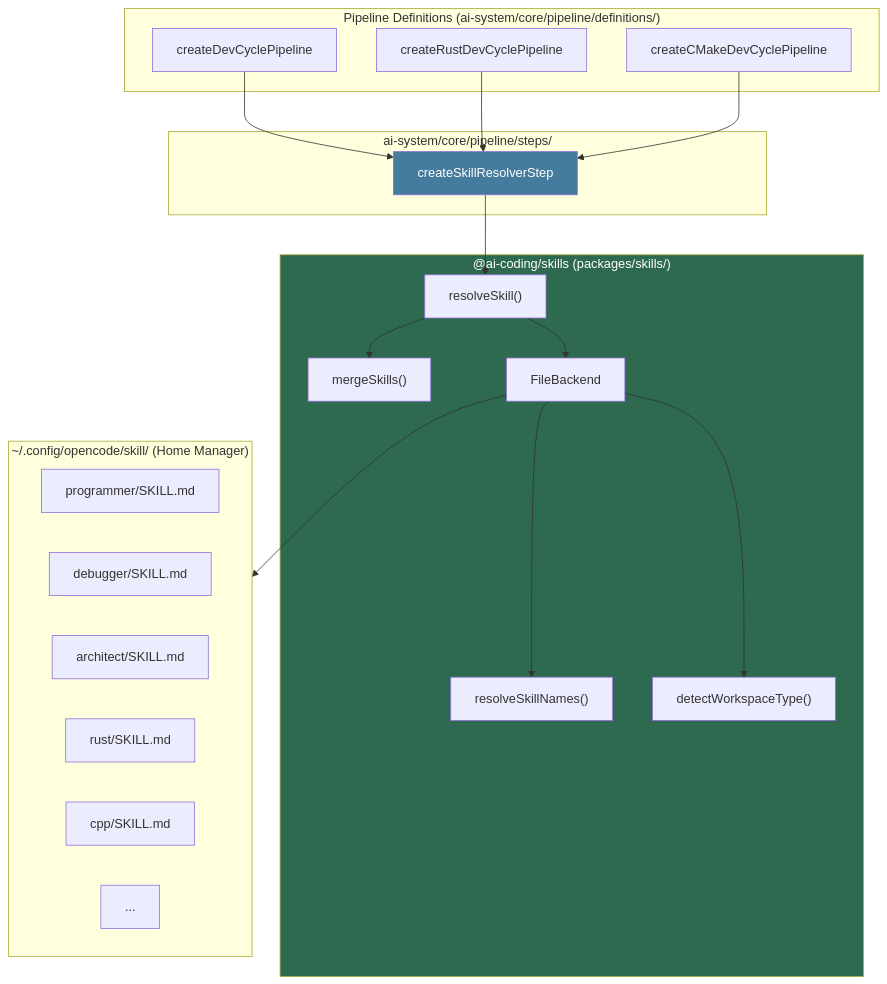
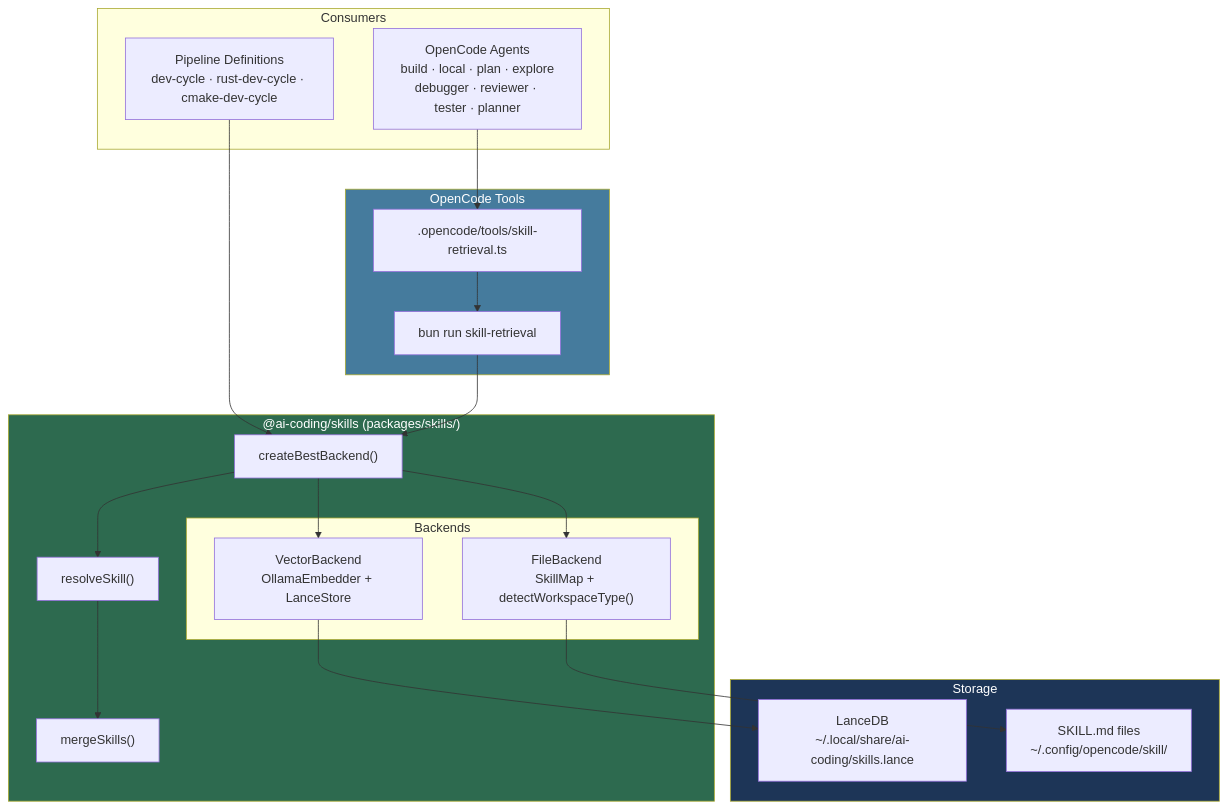
Before and after one commit to vansweej/ai-coding: the first of 8 diagrams in docs/skills.md, drawn with Mermaid. The commit also changed other lines of this file and 1 other file, not shown here.

Commit message:
docs: rewrite skills.md and add skill-indexer.md for Phase 2

````diff
--- a/docs/skills.md
+++ b/docs/skills.md
@@ -25,44 +38,46 @@
 ```mermaid
 graph TD
-    subgraph Pipelines["Pipeline Definitions (ai-system/core/pipeline/definitions/)"]
-        DevCycle["createDevCyclePipeline"]
-        RustCycle["createRustDevCyclePipeline"]
-        CMakeCycle["createCMakeDevCyclePipeline"]
+    subgraph Consumers["Consumers"]
+        Pipelines["Pipeline Definitions\ndev-cycle · rust-dev-cycle · cmake-dev-cycle"]
+        OpenCode["OpenCode Agents\nbuild · local · plan · explore\ndebugger · reviewer · tester · planner"]
     end
 
     subgraph SkillsPkg["@ai-coding/skills (packages/skills/)"]
+        CreateBackend["createBestBackend()"]
         ResolveSkill["resolveSkill()"]
         MergeSkills["mergeSkills()"]
-        SkillMap["resolveSkillNames()"]
-        DetectWS["detectWorkspaceType()"]
-        FileBack["FileBackend"]
+
+        subgraph Backends["Backends"]
+            VectorBack["VectorBackend\nOllamaEmbedder + LanceStore"]
+            FileBack["FileBackend\nSkillMap + detectWorkspaceType()"]
+        end
     end
 
-    subgraph SkillFiles["~/.config/opencode/skill/ (Home Manager)"]
-        Programmer["programmer/SKILL.md"]
-        Debugger["debugger/SKILL.md"]
-        Architect["architect/SKILL.md"]
-        Rust["rust/SKILL.md"]
-        Cpp["cpp/SKILL.md"]
-        More["..."]
+    subgraph Storage["Storage"]
+        LanceDB["LanceDB\n~/.local/share/ai-coding/skills.lance"]
+        SkillFiles["SKILL.md files\n~/.config/opencode/skill/"]
     end
 
-    subgraph PipelineStep["ai-system/core/pipeline/steps/"]
-        SkillStep["createSkillResolverStep"]
+    subgraph Tools["OpenCode Tools"]
+        SkillTool[".opencode/tools/skill-retrieval.ts"]
+        SkillCLI["bun run skill-retrieval"]
     end
 
-    DevCycle --> SkillStep
-    RustCycle --> SkillStep
-    CMakeCycle --> SkillStep
+    Pipelines --> CreateBackend
+    OpenCode --> SkillTool
+    SkillTool --> SkillCLI
+    SkillCLI --> CreateBackend
 
-    SkillStep --> ResolveSkill
-    ResolveSkill --> FileBack
-    FileBack --> SkillMap
-    FileBack --> DetectWS
+    CreateBackend --> VectorBack
+    CreateBackend --> FileBack
+
+    VectorBack --> LanceDB
     FileBack --> SkillFiles
 
+    CreateBackend --> ResolveSkill
     ResolveSkill --> MergeSkills
 
     style SkillsPkg fill:#2d6a4f,color:#fff
-    style SkillStep fill:#457b9d,color:#fff
+    style Storage fill:#1d3557,color:#fff
+    style Tools fill:#457b9d,color:#fff
 ```
````
